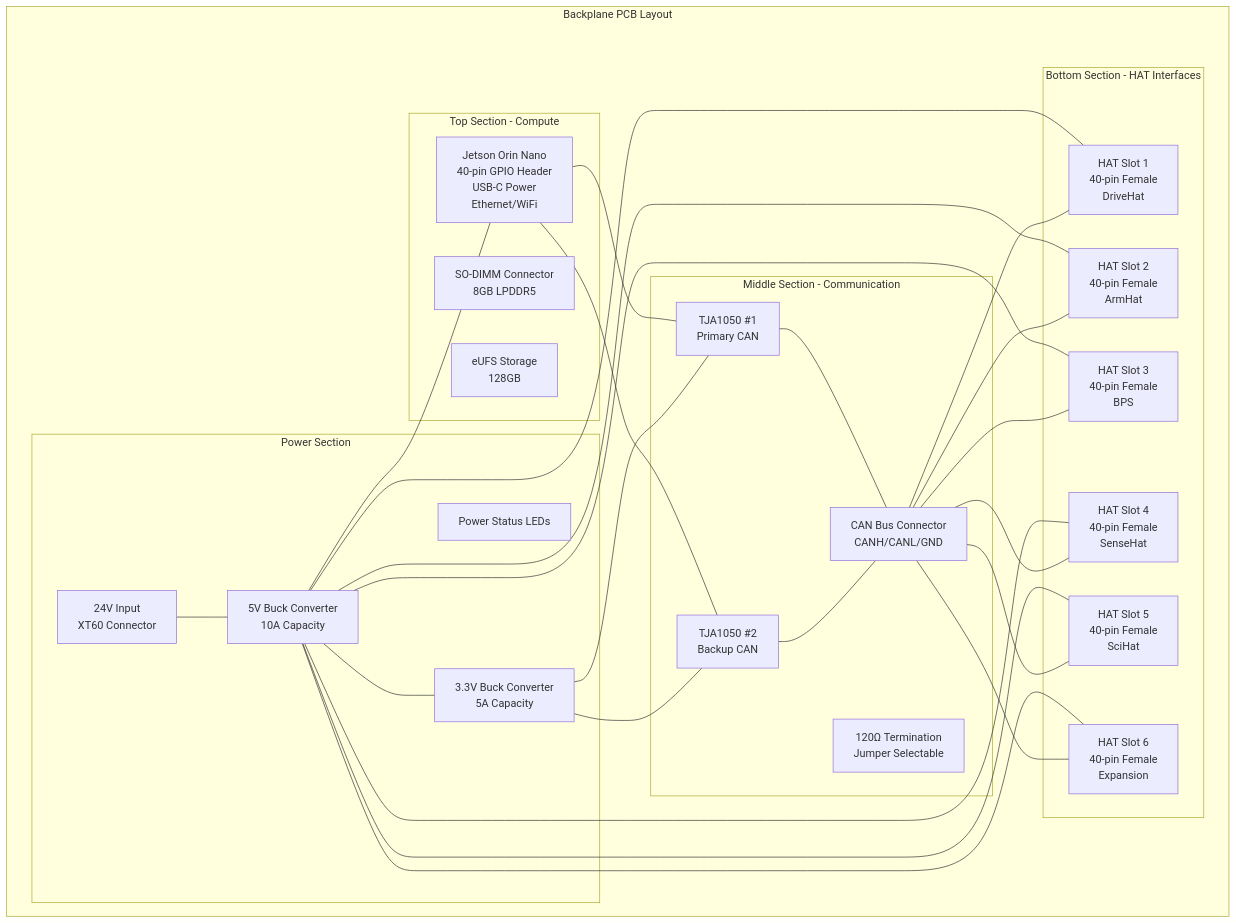
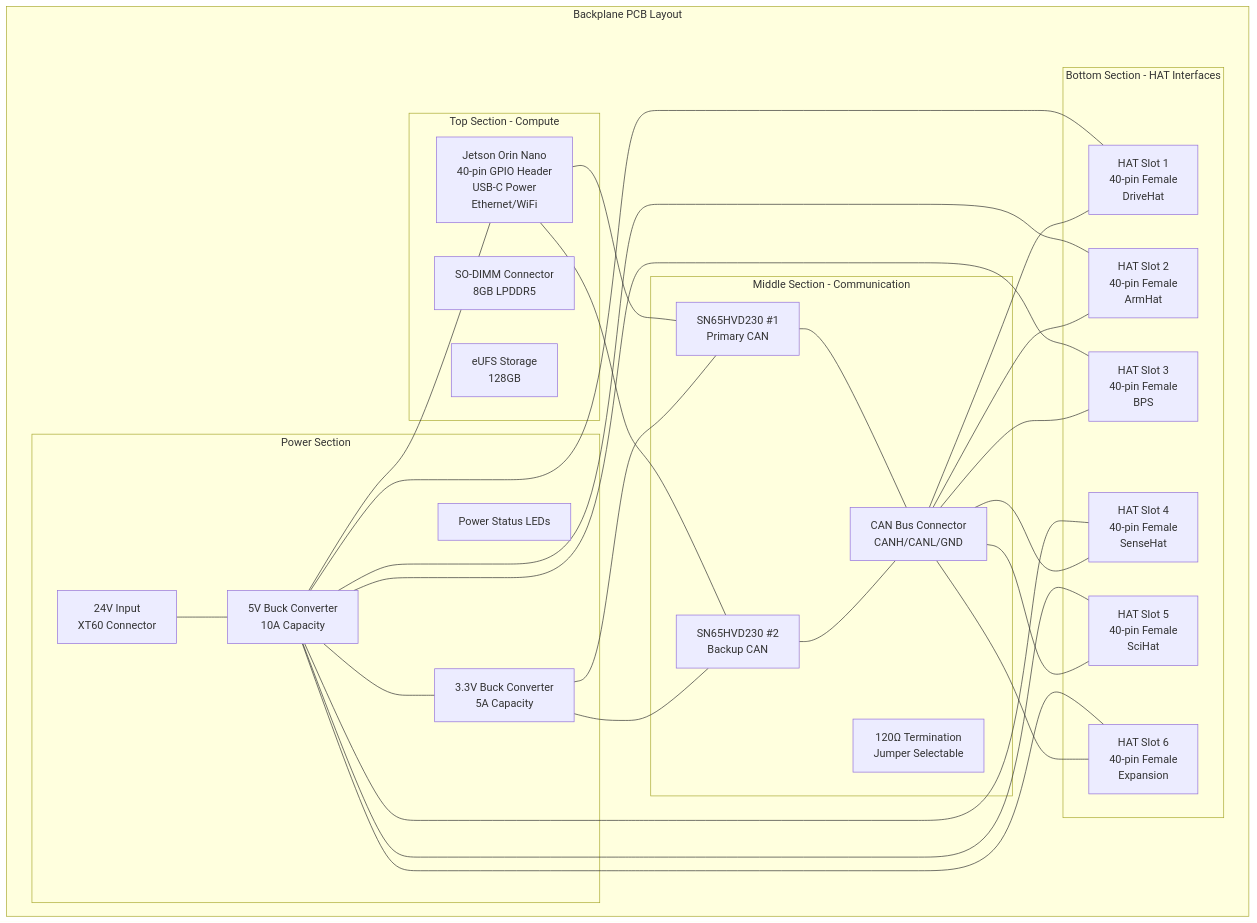
One commit to AryanRai/SIRI-Elec changed the first of 8 diagrams in architecture.md. Above: the diagram before and after it, drawn with Mermaid. The commit also changed other lines of this file and 4 other files, not shown here.

````diff
--- a/architecture.md
+++ b/architecture.md
@@ -11,58 +15,58 @@
 ```mermaid
 graph TB
     subgraph "Backplane PCB Layout"
         subgraph "Top Section - Compute"
             Jetson[Jetson Orin Nano<br/>40-pin GPIO Header<br/>USB-C Power<br/>Ethernet/WiFi]
             SODIMM[SO-DIMM Connector<br/>8GB LPDDR5]
             eMMC[eUFS Storage<br/>128GB]
         end
         
         subgraph "Middle Section - Communication"
-            CAN_IC1[TJA1050 #1<br/>Primary CAN]
-            CAN_IC2[TJA1050 #2<br/>Backup CAN]
+            CAN_IC1[SN65HVD230 #1<br/>Primary CAN]
+            CAN_IC2[SN65HVD230 #2<br/>Backup CAN]
             CAN_Conn[CAN Bus Connector<br/>CANH/CANL/GND]
             Term_R[120Ω Termination<br/>Jumper Selectable]
         end
         
         subgraph "Bottom Section - HAT Interfaces"
             HAT1[HAT Slot 1<br/>40-pin Female<br/>DriveHat]
             HAT2[HAT Slot 2<br/>40-pin Female<br/>ArmHat]
             HAT3[HAT Slot 3<br/>40-pin Female<br/>BPS]
             HAT4[HAT Slot 4<br/>40-pin Female<br/>SenseHat]
             HAT5[HAT Slot 5<br/>40-pin Female<br/>SciHat]
             HAT6[HAT Slot 6<br/>40-pin Female<br/>Expansion]
         end
         
         subgraph "Power Section"
             PowerIn[24V Input<br/>XT60 Connector]
             Buck1[5V Buck Converter<br/>10A Capacity]
             Buck2[3.3V Buck Converter<br/>5A Capacity]
             PowerLED[Power Status LEDs]
         end
     end
     
     Jetson --- CAN_IC1
     Jetson --- CAN_IC2
     CAN_IC1 --- CAN_Conn
     CAN_IC2 --- CAN_Conn
     
     PowerIn --- Buck1
     Buck1 --- Buck2
     Buck1 --- Jetson
     Buck1 --- HAT1
     Buck1 --- HAT2
     Buck1 --- HAT3
     Buck1 --- HAT4
     Buck1 --- HAT5
     Buck1 --- HAT6
     
     Buck2 --- CAN_IC1
     Buck2 --- CAN_IC2
     
     CAN_Conn --- HAT1
     CAN_Conn --- HAT2
     CAN_Conn --- HAT3
     CAN_Conn --- HAT4
     CAN_Conn --- HAT5
     CAN_Conn --- HAT6
 ```
````
